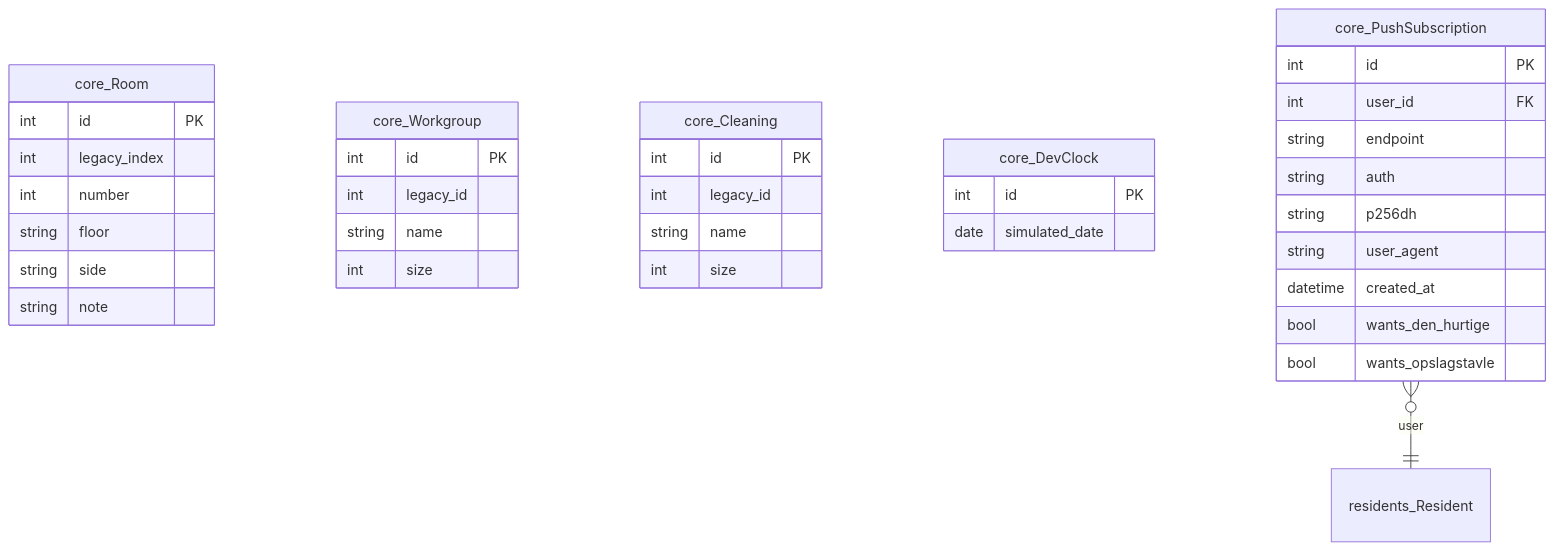
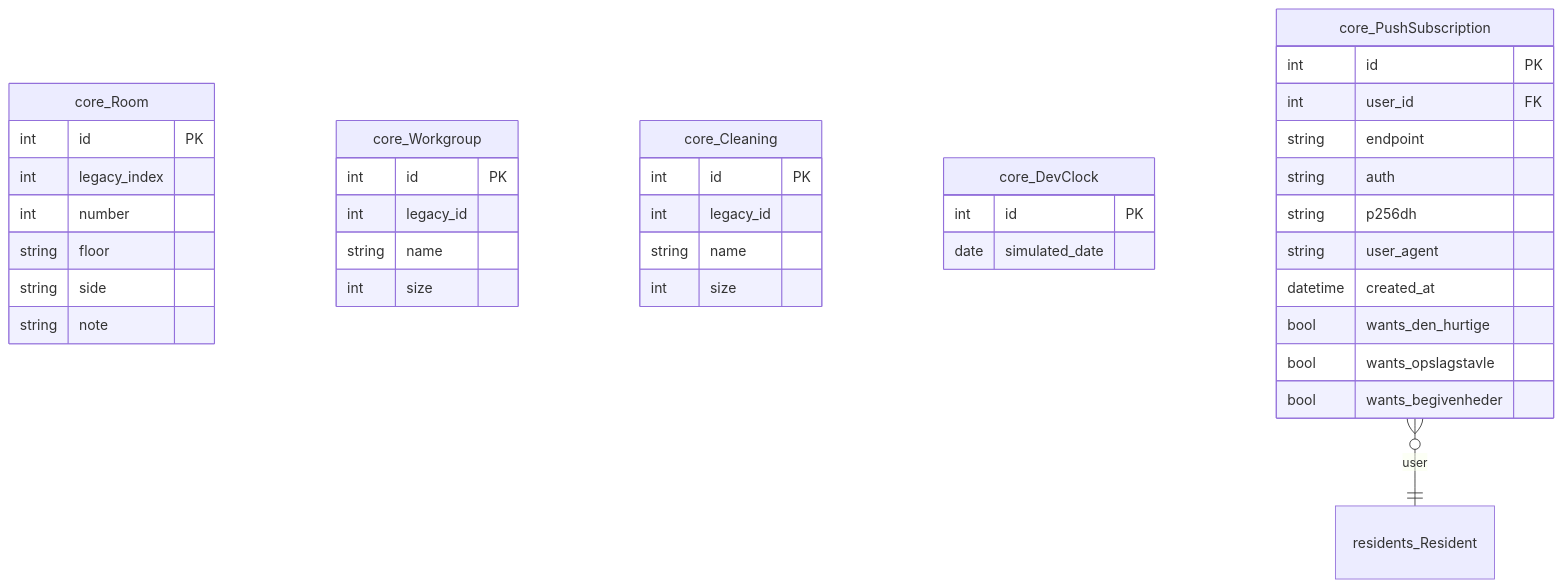
One commit to G-A-Hagemanns-Kollegium/ny_ny_intern changed the fifth of 12 diagrams in docs/erd.md. Above: the diagram before and after it, drawn with Mermaid. The commit also changed other lines of this file and 58 other files, not shown here.

````diff
--- a/docs/erd.md
+++ b/docs/erd.md
@@ -568,46 +625,47 @@
 ```mermaid
 erDiagram
     core_Room {
         int id PK
         int legacy_index
         int number
         string floor
         string side
         string note
     }
 
     core_Workgroup {
         int id PK
         int legacy_id
         string name
         int size
     }
 
     core_Cleaning {
         int id PK
         int legacy_id
         string name
         int size
     }
 
     core_DevClock {
         int id PK
         date simulated_date
     }
 
     core_PushSubscription {
         int id PK
         int user_id FK
         string endpoint
         string auth
         string p256dh
         string user_agent
         datetime created_at
         bool wants_den_hurtige
         bool wants_opslagstavle
+        bool wants_begivenheder
     }
 
     residents_Resident { }
 
     core_PushSubscription }o--|| residents_Resident : "user"
 ```
````
